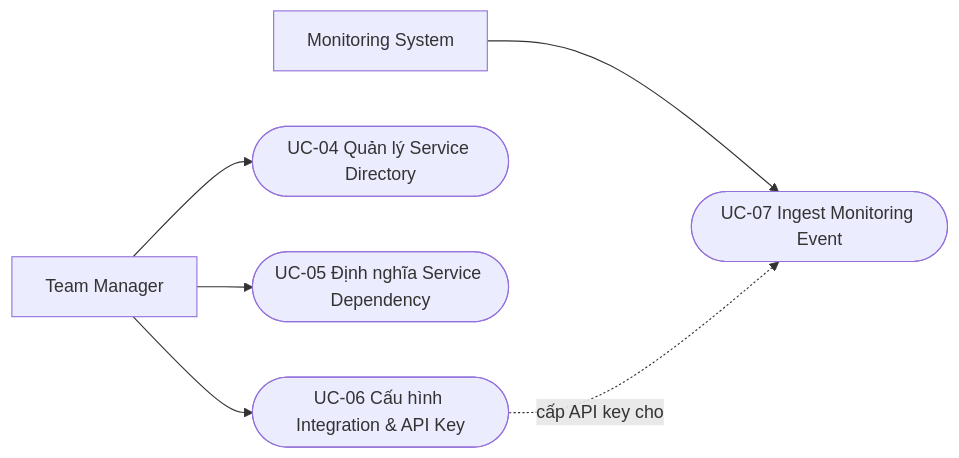
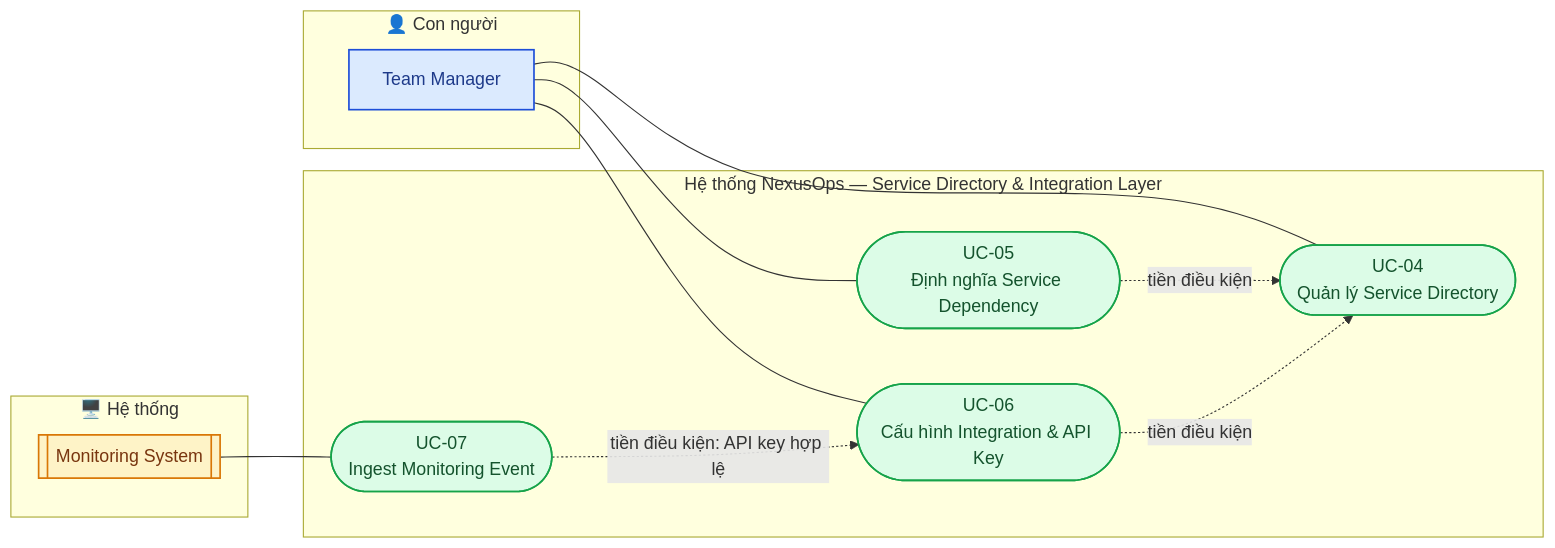
One commit to NguyenBao0305/Intelligent-Incident-Reliability-Operations-Platform changed the third of 12 diagrams in README.md. Above: the diagram before and after it, drawn with Mermaid. The commit also changed other lines of this file, not shown here.

````diff
--- a/README.md
+++ b/README.md
@@ -361,11 +377,32 @@
 ```mermaid
 flowchart LR
-    TeamManager[Team Manager]
-    MonitoringSystem[Monitoring System]
+    subgraph ACTORS_B_H["👤 Con người"]
+        TeamManagerB[Team Manager]
+    end
+    subgraph ACTORS_B_S["🖥️ Hệ thống"]
+        MonitoringSystem[[Monitoring System]]
+    end
 
-    TeamManager --> UC04([UC-04 Quản lý Service Directory])
-    TeamManager --> UC05([UC-05 Định nghĩa Service Dependency])
-    TeamManager --> UC06([UC-06 Cấu hình Integration & API Key])
-    MonitoringSystem --> UC07([UC-07 Ingest Monitoring Event])
-    UC06 -.->|"cấp API key cho"| UC07
+    subgraph SYS_B["Hệ thống NexusOps — Service Directory & Integration Layer"]
+        UC04(["UC-04<br/>Quản lý Service Directory"])
+        UC05(["UC-05<br/>Định nghĩa Service Dependency"])
+        UC06(["UC-06<br/>Cấu hình Integration & API Key"])
+        UC07(["UC-07<br/>Ingest Monitoring Event"])
+    end
+
+    TeamManagerB --- UC04
+    TeamManagerB --- UC05
+    TeamManagerB --- UC06
+    MonitoringSystem --- UC07
+
+    UC05 -.->|"tiền điều kiện"| UC04
+    UC06 -.->|"tiền điều kiện"| UC04
+    UC07 -.->|"tiền điều kiện: API key hợp lệ"| UC06
+
+    classDef actorHuman fill:#dbeafe,stroke:#1d4ed8,stroke-width:1.5px,color:#1e3a8a
+    classDef actorSystem fill:#fef3c7,stroke:#d97706,stroke-width:1.5px,color:#78350f
+    classDef usecase fill:#dcfce7,stroke:#16a34a,stroke-width:1.5px,color:#14532d
+    class TeamManagerB actorHuman
+    class MonitoringSystem actorSystem
+    class UC04,UC05,UC06,UC07 usecase
 ```
````
